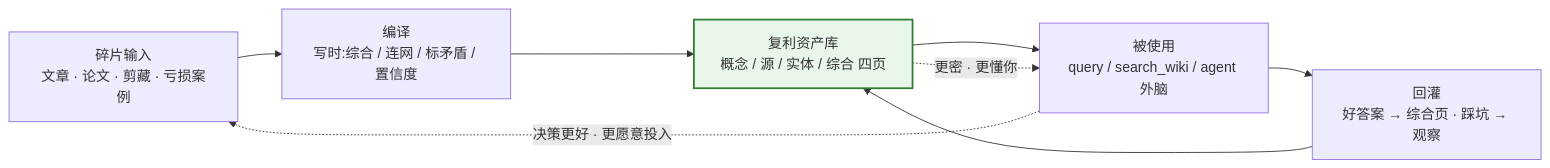
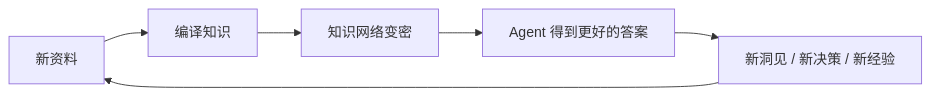
One commit to gcc2ge/knowledge-compounder changed the second of 5 diagrams in README.md. Above: the diagram before and after it, drawn with Mermaid. The commit also changed other lines of this file, not shown here.

````diff
--- a/README.md
+++ b/README.md
@@ -89,15 +106,4 @@
 ```mermaid
 graph LR
-    A["碎片输入<br/>文章 · 论文 · 剪藏 · 亏损案例"]
-    B["编译<br/>写时:综合 / 连网 / 标矛盾 / 置信度"]
-    C["复利资产库<br/>概念 / 源 / 实体 / 综合 四页"]
-    D["被使用<br/>query / search_wiki / agent 外脑"]
-    E["回灌<br/>好答案 → 综合页 · 踩坑 → 观察"]
-
-    A --> B --> C --> D --> E --> C
-    C -.->|更密 · 更懂你| D
-    D -.->|决策更好 · 更愿意投入| A
-
-    classDef asset fill:#e8f5e9,stroke:#2e7d32,stroke-width:2px
-    class C asset
+    A["新资料"] --> B["编译知识"] --> C["知识网络变密"] --> D["Agent 得到更好的答案"] --> E["新洞见 / 新决策 / 新经验"] --> A
 ```
````
